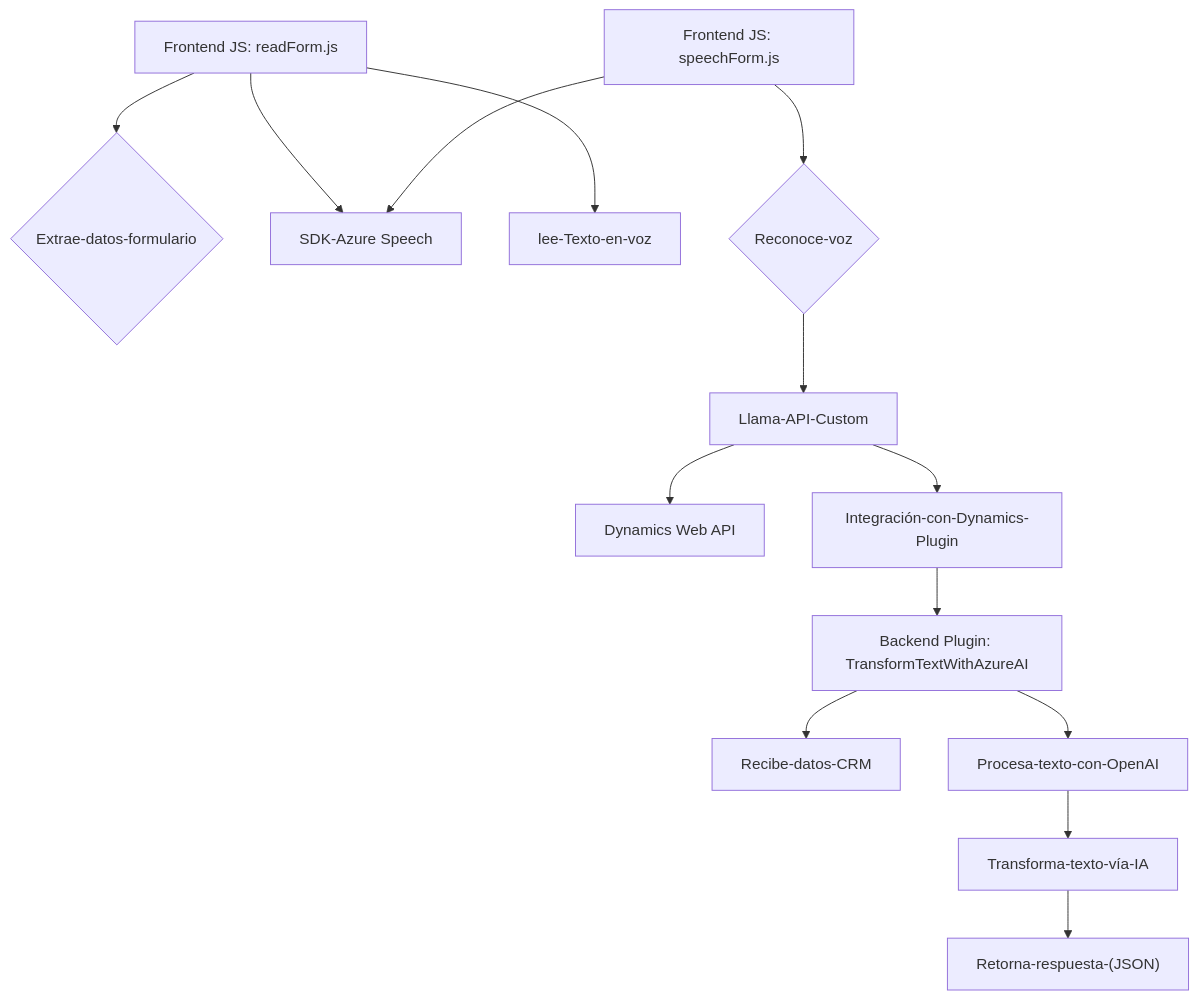
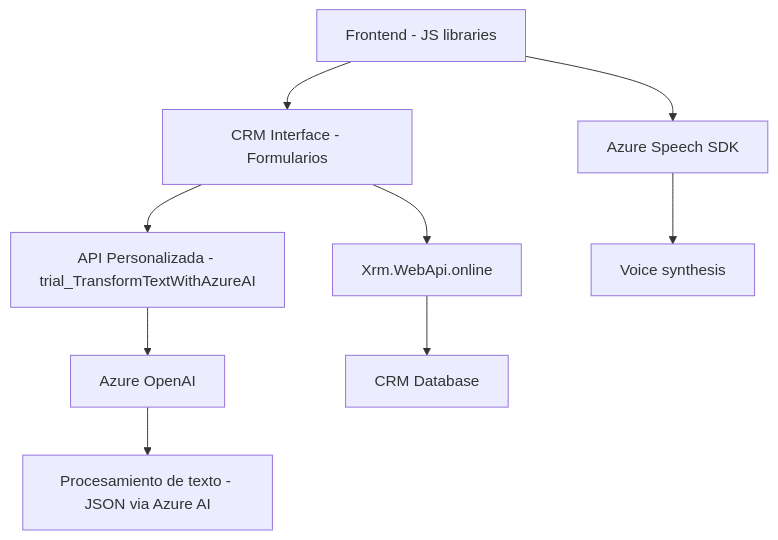
The diagram in README.md (blopezdm/NETCORE_BILBAO2025), drawn with Mermaid before and after one commit. The commit also changed other lines of this file, not shown here.

Commit message:
Actualizar análisis global de la solución con IA

````diff
--- a/README.md
+++ b/README.md
@@ -33,19 +48,11 @@
 ```mermaid
 graph TD
-    A["Frontend JS: readForm.js"] --> B{"Extrae-datos-formulario"}
-    A --> C["SDK-Azure Speech"]
-    A --> D["lee-Texto-en-voz"]
-
-    E["Frontend JS: speechForm.js"] --> F{"Reconoce-voz"}
-    E --> C
-    F --> G["Llama-API-Custom"]
-    G --> H["Dynamics Web API"]
-
-    I["Backend Plugin: TransformTextWithAzureAI"] --> J["Recibe-datos-CRM"]
-    I --> K["Procesa-texto-con-OpenAI"]
-    K --> L["Transforma-texto-vía-IA"]
-    L --> M["Retorna-respuesta-(JSON)"]
-
-    G --> N["Integración-con-Dynamics-Plugin"]
-    N --> I
+    A["Frontend - JS libraries"] --> B["Azure Speech SDK"]
+    A --> C["CRM Interface - Formularios"]
+    C --> D["Xrm.WebApi.online"]
+    C --> E["API Personalizada - trial_TransformTextWithAzureAI"]
+    E --> F["Azure OpenAI"]
+    D --> G["CRM Database"]
+    B --> H["Voice synthesis"]
+    F --> I["Procesamiento de texto - JSON via Azure AI"]
 ```
````
